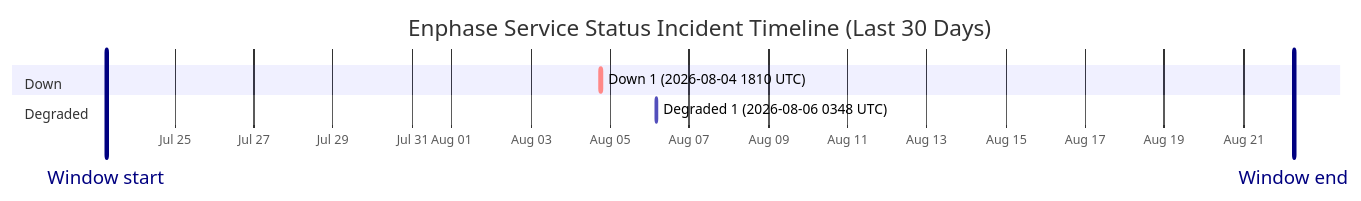
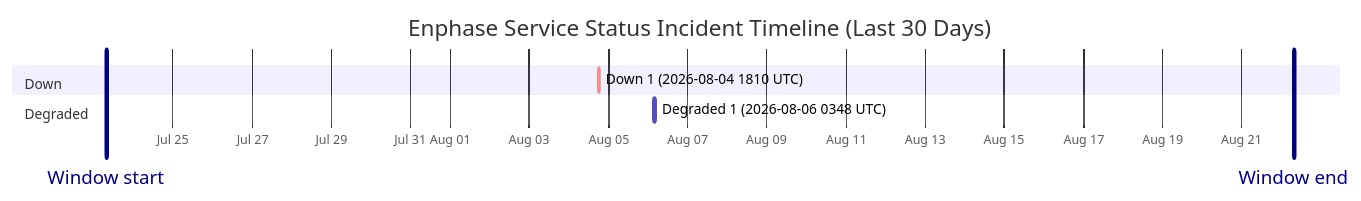
Before and after one commit to barneyonline/ha-enphase-energy: the diagram in wiki/Service-Status-History.md, drawn with Mermaid. The commit also changed other lines of this file and 3 other files, not shown here.

````diff
--- a/wiki/Service-Status-History.md
+++ b/wiki/Service-Status-History.md
@@ -14,12 +14,12 @@
 ```mermaid
 gantt
     title Enphase Service Status Incident Timeline (Last 30 Days)
     dateFormat  YYYY-MM-DDTHH:mm:ss
     axisFormat  %b %d
-    Window start :vert, window-start, 2026-07-23T06:36:10, 0ms
-    Window end :vert, window-end, 2026-08-22T06:36:10, 0ms
+    Window start :vert, window-start, 2026-07-23T07:29:32, 0ms
+    Window end :vert, window-end, 2026-08-22T07:29:32, 0ms
     section Down
     Down 1 (2026-08-04 1810 UTC) :crit, down-1, 2026-08-04T18:10:46, 60m
     section Degraded
     Degraded 1 (2026-08-06 0348 UTC) :active, degraded-1, 2026-08-06T03:48:14, 60m
 ```
````
